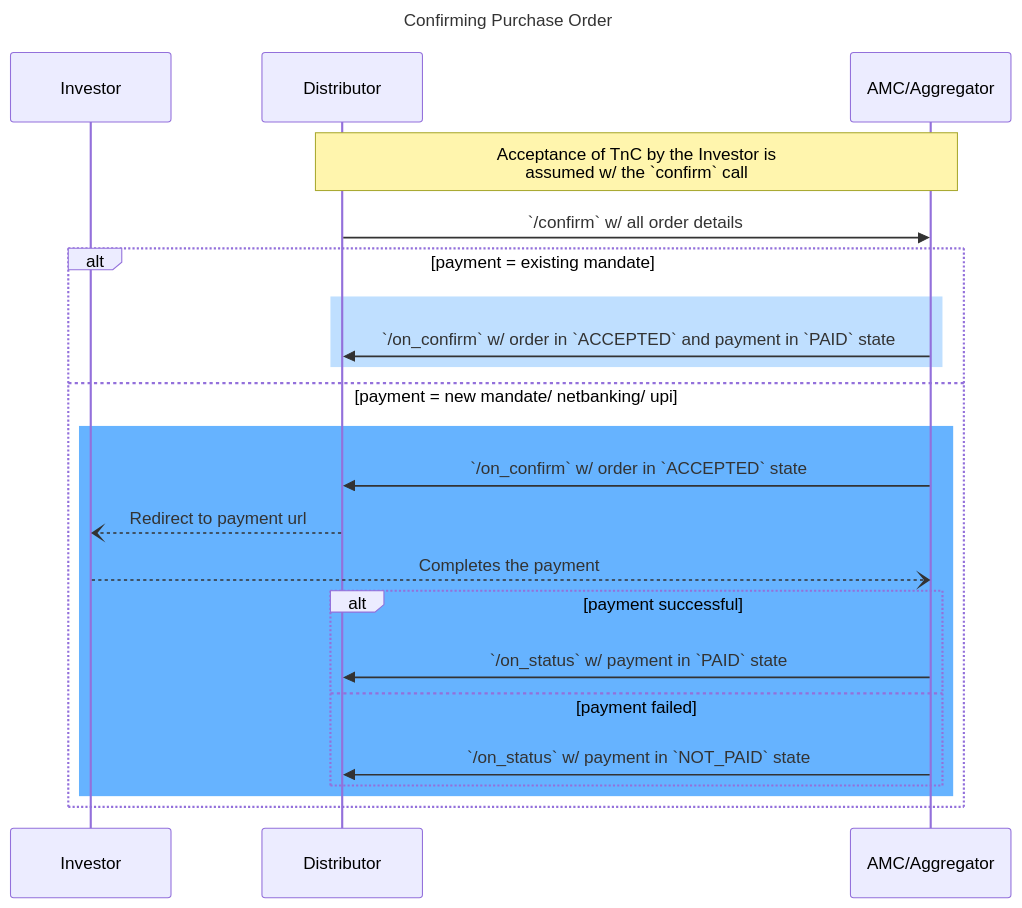
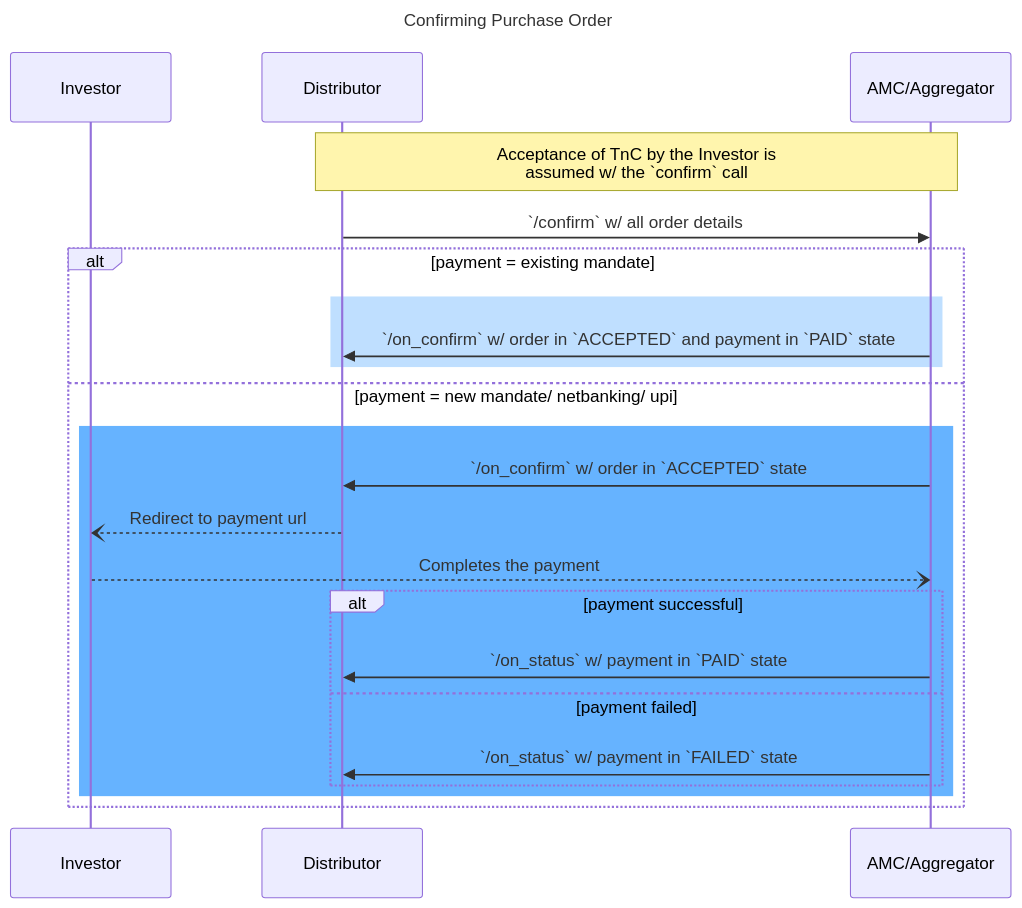
Before and after one commit to ONDC-Official/ONDC-FIS-Specifications: the fourth of 5 diagrams in api/components/docs/stage-order.md, drawn with Mermaid. The commit also changed other lines of this file and 15 other files, not shown here.

````diff
--- a/api/components/docs/stage-order.md
+++ b/api/components/docs/stage-order.md
@@ -112,27 +112,27 @@
 ```mermaid
 ---
 title: Confirming Purchase Order
 ---
 sequenceDiagram
     participant Investor
     participant bap AS Distributor
     participant bpp AS AMC/Aggregator
     Note over bap, bpp: Acceptance of TnC by the Investor is <br /> assumed w/ the `confirm` call
     bap ->> bpp: `/confirm` w/ all order details
     alt payment = existing mandate
         rect rgb(191, 223, 255)
             bpp ->> bap: `/on_confirm` w/ order in `ACCEPTED` and payment in `PAID` state
         end
     else payment = new mandate/ netbanking/ upi
         rect rgb(102,179,255)
             bpp ->> bap: `/on_confirm` w/ order in `ACCEPTED` state
             bap --) Investor: Redirect to payment url
             Investor --) bpp: Completes the payment
             alt payment successful
                 bpp ->> bap: `/on_status` w/ payment in `PAID` state
             else payment failed
-                bpp ->> bap: `/on_status` w/ payment in `NOT_PAID` state
+                bpp ->> bap: `/on_status` w/ payment in `FAILED` state
             end
         end
     end
 ```
````
